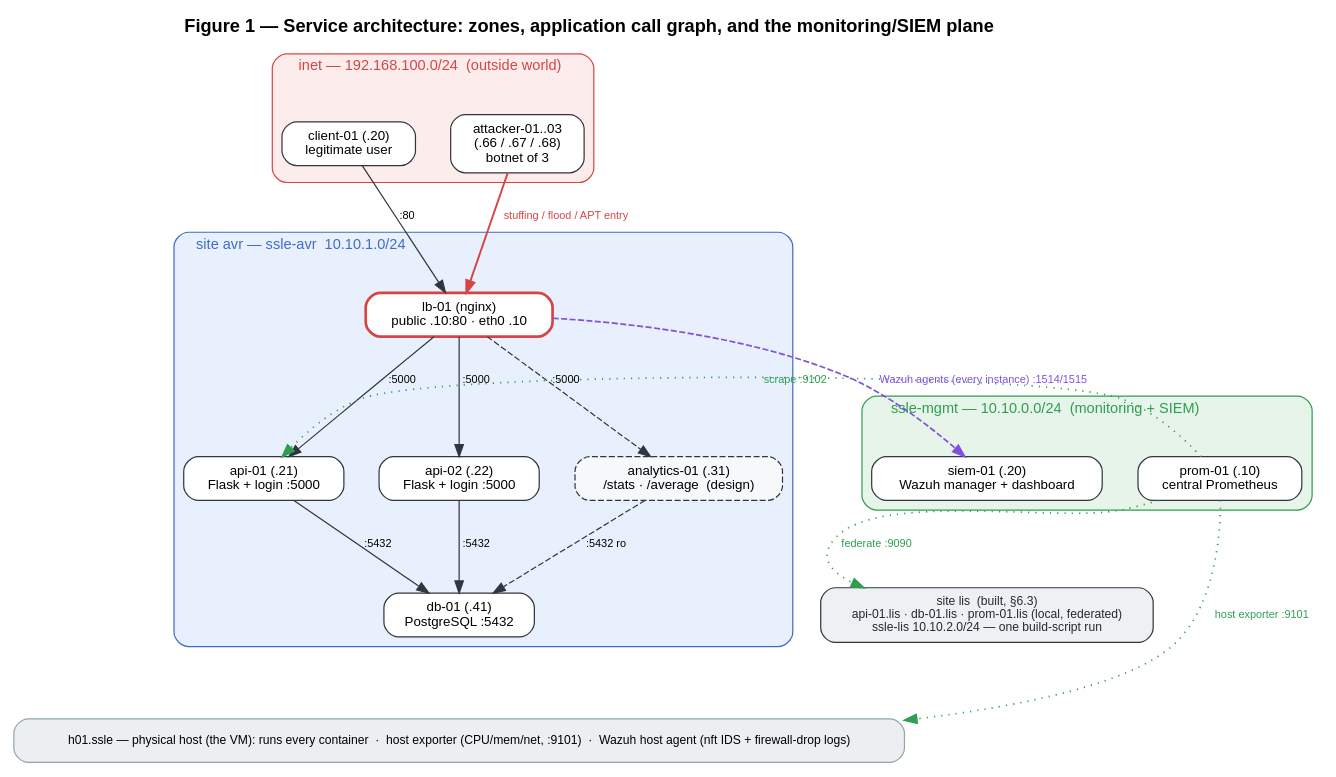
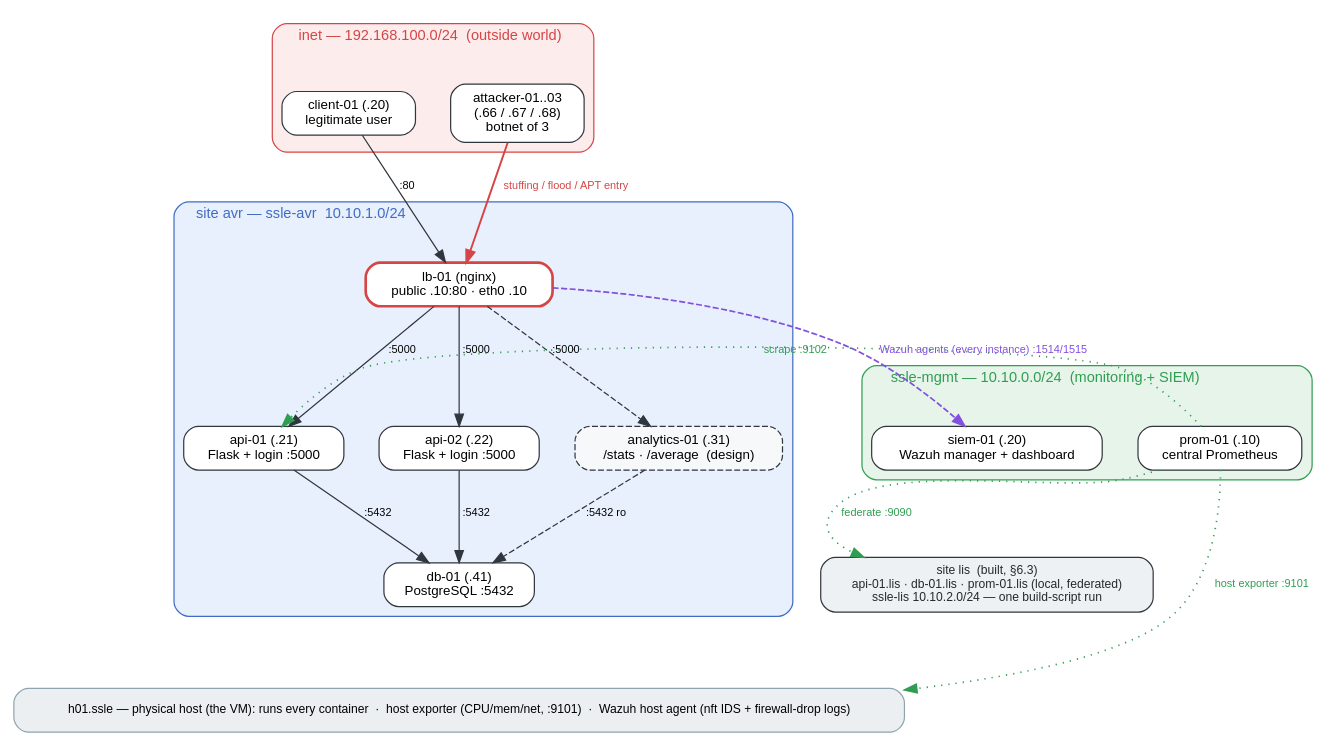
The diagram in docs/architecture.dot (amaccr/SSLE_Project1), drawn with Graphviz before and after one commit. The commit also changed 3 other files, not shown here.

```diff
--- a/docs/architecture.dot
+++ b/docs/architecture.dot
@@ -1,97 +1,96 @@
 // Service-architecture diagram for the report (docs/report.md, section 3).
 // Zones are clusters; Graphviz routes the edges. Four edge classes (keyed in the
 // report figure caption):
 //   black  = application call graph        red    = attack path (from inet)
 //   green dotted = Prometheus scrape/federate   purple dashed = Wazuh agent -> manager
-// Render:  dot -Tpng docs/architecture.dot -o images/architecture.png
+// Render:  dot -Tpng -Gdpi=300 docs/architecture.dot -o images/architecture.png
+// (no title inside the image: the report caption is the title)
 digraph arch {
   rankdir=TB;
   splines=true;
   compound=true;
   newrank=true;
   nodesep=0.4;
   ranksep=0.85;
   bgcolor="white";
   fontname="Helvetica";
-  labelloc=t;
-  label=<<b>Figure 1 — Service architecture: zones, application call graph, and the monitoring/SIEM plane</b>>;
   fontsize=15;
 
   node [shape=box, style="rounded,filled", fillcolor=white, color="#30363d",
         fontname="Helvetica", fontsize=11, margin="0.18,0.09"];
   edge [fontname="Helvetica", fontsize=9, color="#30363d"];
 
   // ---- inet ----
   subgraph cluster_inet {
     label="inet — 192.168.100.0/24  (outside world)";
     style="rounded,filled"; fillcolor="#fdecec"; color="#d64545"; labeljust="l";
     fontcolor="#d64545"; fontsize=12;
     client   [label="client-01 (.20)\nlegitimate user"];
     attacker [label="attacker-01..03\n(.66 / .67 / .68)\nbotnet of 3"];
   }
 
   // ---- site avr ----
   subgraph cluster_avr {
     label="site avr — ssle-avr  10.10.1.0/24";
     style="rounded,filled"; fillcolor="#e9f0fd"; color="#3f6cc4"; labeljust="l";
     fontcolor="#3f6cc4"; fontsize=12;
     lb        [label="lb-01 (nginx)\npublic .10:80 · eth0 .10",
                color="#d64545", penwidth=2.2];
     api1      [label="api-01 (.21)\nFlask + login :5000"];
     api2      [label="api-02 (.22)\nFlask + login :5000"];
     analytics [label="analytics-01 (.31)\n/stats · /average  (design)",
                style="rounded,dashed,filled", fillcolor="#f6f8fa"];
     db        [label="db-01 (.41)\nPostgreSQL :5432"];
   }
 
   // ---- ssle-mgmt ----
   subgraph cluster_mgmt {
     label="ssle-mgmt — 10.10.0.0/24  (monitoring + SIEM)";
     style="rounded,filled"; fillcolor="#e7f4ea"; color="#2f9e52"; labeljust="l";
     fontcolor="#2f9e52"; fontsize=12;
     prom [label="prom-01 (.10)\ncentral Prometheus"];
     siem [label="siem-01 (.20)\nWazuh manager + dashboard"];
   }
 
   // ---- site lis (built: scalability + bandwidth measurement, §6.3) ----
   lis [label="site lis  (built, §6.3)\napi-01.lis · db-01.lis · prom-01.lis (local, federated)\nssle-lis 10.10.2.0/24 — one build-script run",
        style="rounded,filled", fillcolor="#eef1f4",
        color="#30363d", fontcolor="#24292f", fontsize=10];
 
   // ---- physical host ----
   host [label="h01.ssle — physical host (the VM): runs every container  ·  host exporter (CPU/mem/net, :9101)  ·  Wazuh host agent (nft IDS + firewall-drop logs)",
         shape=box, style="rounded,filled", fillcolor="#eceff1",
         color="#90a4ae", fontsize=10];
 
   // ===== application call graph (black) =====
   client    -> lb  [label=":80"];
   lb        -> api1 [label=":5000"];
   lb        -> api2 [label=":5000"];
   lb        -> analytics [label=":5000", style=dashed];
   api1      -> db  [label=":5432"];
   api2      -> db  [label=":5432"];
   analytics -> db  [label=":5432 ro", style=dashed];
 
   // ===== attack path (red) =====
   attacker -> lb [label="stuffing / flood / APT entry",
                   color="#d64545", fontcolor="#d64545", penwidth=1.6];
 
   // ===== Prometheus scrape / federate (green dotted, don't constrain ranks) =====
   prom -> api1 [label="scrape :9102", color="#2f9e52", fontcolor="#2f9e52",
                 style=dotted, penwidth=1.4, constraint=false];
   prom -> host [label="host exporter :9101", color="#2f9e52",
                 fontcolor="#2f9e52", style=dotted, penwidth=1.4, constraint=false];
   prom -> lis  [label="federate :9090", color="#2f9e52", fontcolor="#2f9e52",
                 style=dotted, penwidth=1.4, constraint=false];
 
   // ===== Wazuh agents (purple dashed, one representative flow) =====
   lb -> siem [label="Wazuh agents (every instance) :1514/1515",
               color="#8250df", fontcolor="#8250df", style=dashed,
               penwidth=1.4, constraint=false];
 
   // ===== layout hints =====
   {rank=same; api1; prom;}        // monitoring plane beside the app tier
   {rank=same; api2; siem;}
   siem -> lis  [style=invis];     // lis stacks below the mgmt plane
   db   -> host [style=invis, weight=10];  // host pinned to the bottom
 }
```
